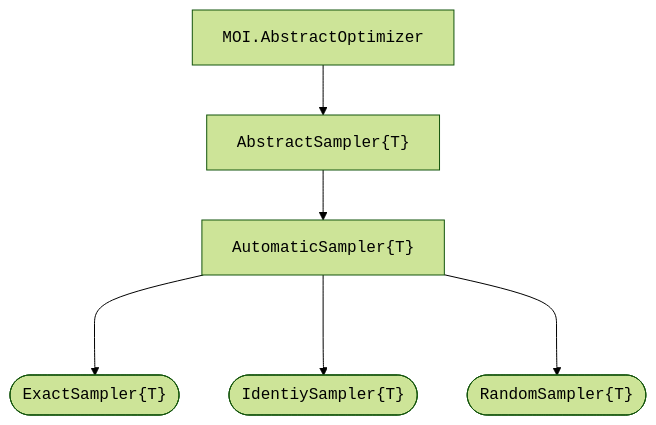
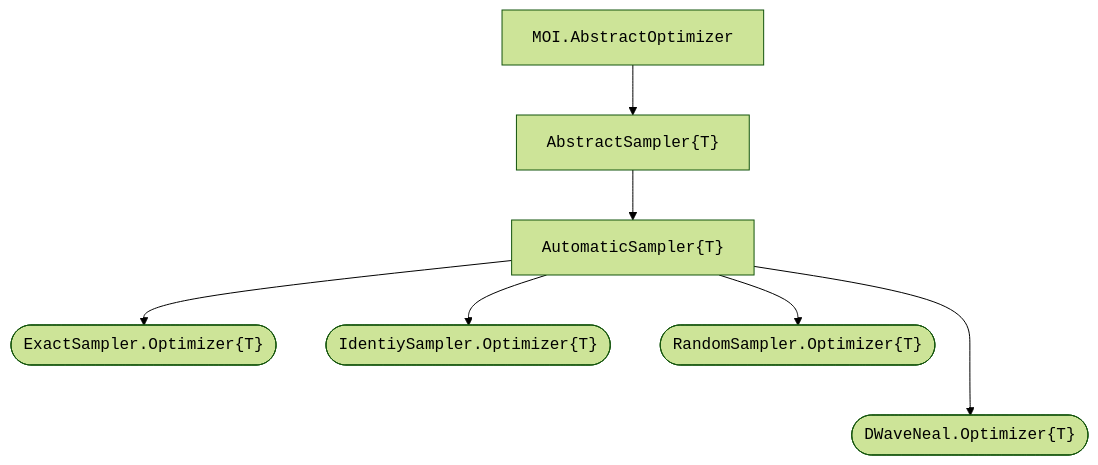
The diagram in README.md (psrenergy/Anneal.jl), drawn with Mermaid (forest theme) before and after one commit. The commit also changed other lines of this file, not shown here.

````diff
--- a/README.md
+++ b/README.md
@@ -81,17 +88,19 @@
 ```mermaid
 flowchart TD;
     OPTIMIZER["<code>MOI.AbstractOptimizer</code>"];
     ABSTRACT["<code>AbstractSampler{T}</code>"];
     AUTOMATIC["<code>AutomaticSampler{T}</code>"];
 
-    EXACT(["<code>ExactSampler{T}</code>"]);
-    IDENTITY(["<code>IdentiySampler{T}</code>"]);
-    RANDOM(["<code>RandomSampler{T}</code>"]);
+    EXACT(["<code>ExactSampler.Optimizer{T}</code>"]);
+    IDENTITY(["<code>IdentiySampler.Optimizer{T}</code>"]);
+    RANDOM(["<code>RandomSampler.Optimizer{T}</code>"]);
+    DWAVENEAL(["<code>DWaveNeal.Optimizer{T}</code>"]);
 
     OPTIMIZER --> ABSTRACT;
     ABSTRACT  --> AUTOMATIC;
 
-    AUTOMATIC ---> EXACT;
-    AUTOMATIC ---> IDENTITY;
-    AUTOMATIC ---> RANDOM;
+    AUTOMATIC --> EXACT;
+    AUTOMATIC --> IDENTITY;
+    AUTOMATIC --> RANDOM;
+    AUTOMATIC ---> DWAVENEAL;
 ```
````
